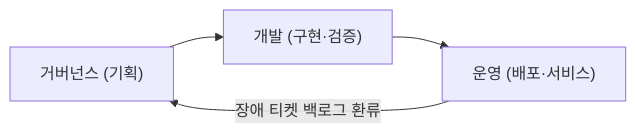
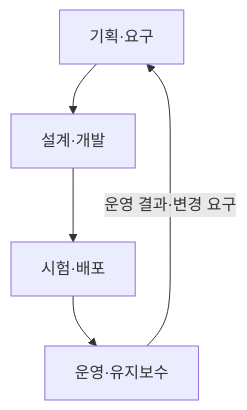
Before and after one commit to agnusdei1207/study: the first of 2 diagrams in src/content/docs/notes/itpe/02-software-engineering/107_alm.md, drawn with Mermaid. The commit also changed other lines of this file and 31 other files, not shown here.

````diff
--- a/src/content/docs/notes/itpe/02-software-engineering/107_alm.md
+++ b/src/content/docs/notes/itpe/02-software-engineering/107_alm.md
@@ -38,5 +53,7 @@
 ```mermaid
-flowchart LR
-    G["거버넌스 (기획)"] --> D["개발 (구현·검증)"] --> O["운영 (배포·서비스)"]
-    O -->|장애 티켓 백로그 환류| G
+flowchart TD
+    P["기획·요구"] --> D["설계·개발"]
+    D --> T["시험·배포"]
+    T --> O["운영·유지보수"]
+    O -->|운영 결과·변경 요구| P
 ```
````
